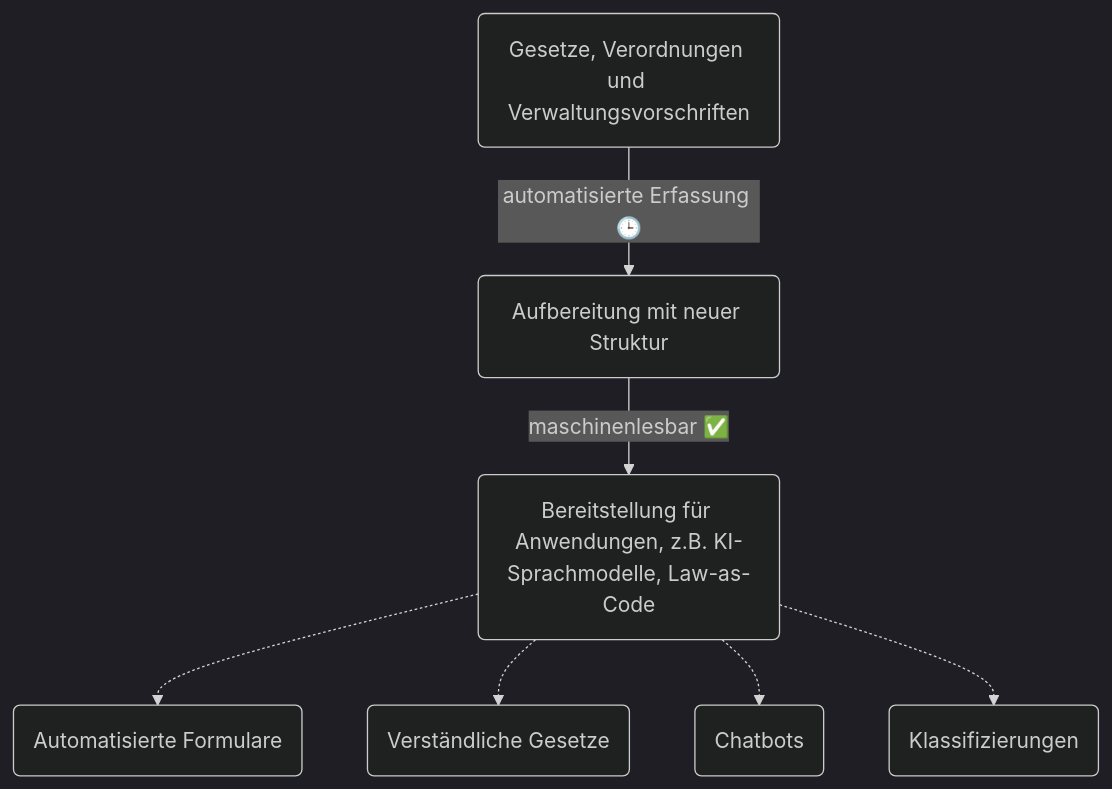
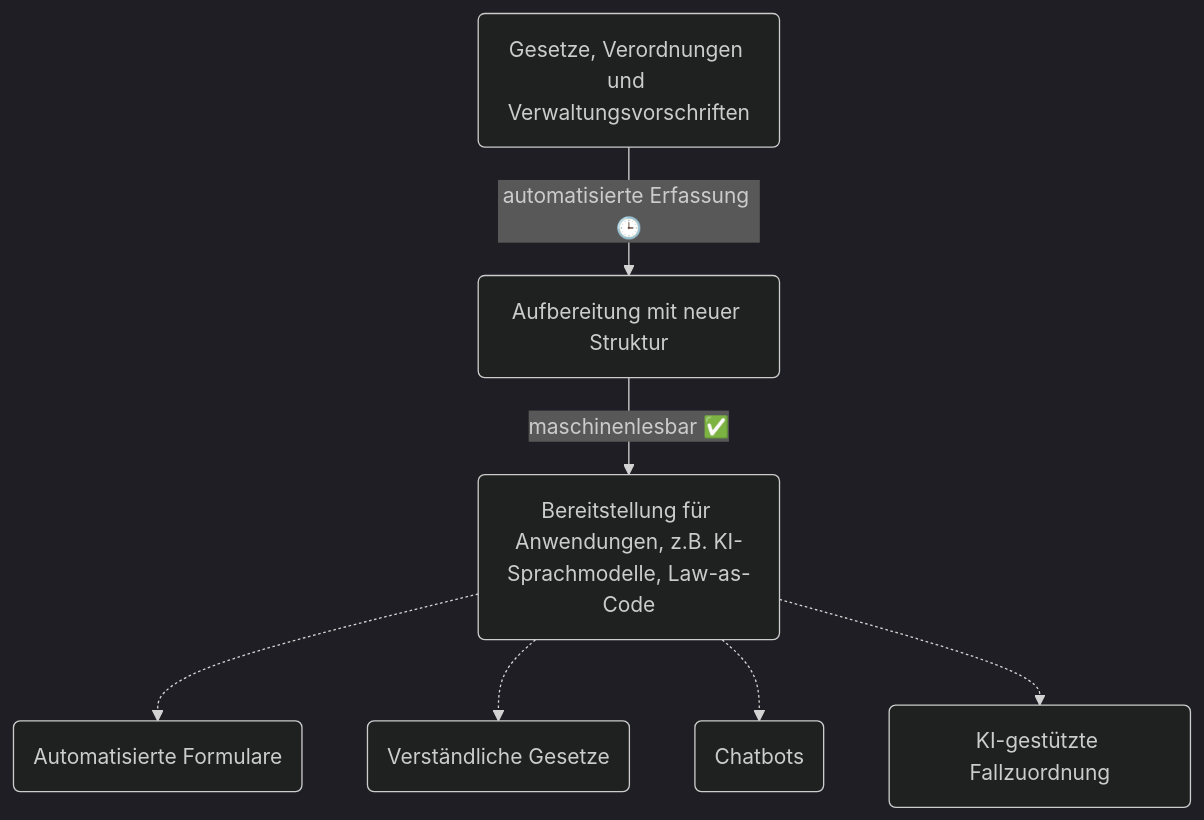
One commit to stefanmaeder/dotgov changed the diagram in slides/02_big-picture.md. Above: the diagram before and after it, drawn with Mermaid (dark theme).

````diff
--- a/slides/02_big-picture.md
+++ b/slides/02_big-picture.md
@@ -1,9 +1,9 @@
 ```mermaid
 flowchart TD
     A(Gesetze, Verordnungen und Verwaltungsvorschriften) -->|automatisierte Erfassung 🕒| B(Aufbereitung mit neuer Struktur)
     B --> |maschinenlesbar ✅| C(Bereitstellung für Anwendungen, z.B. KI-Sprachmodelle, Law-as-Code)
     C -.-> D(Automatisierte Formulare)
     C -.-> E(Verständliche Gesetze)
     C -.-> F(Chatbots)
-    C -.-> G(Klassifizierungen)
+    C -.-> G(KI-gestützte Fallzuordnung)
 ```
````
